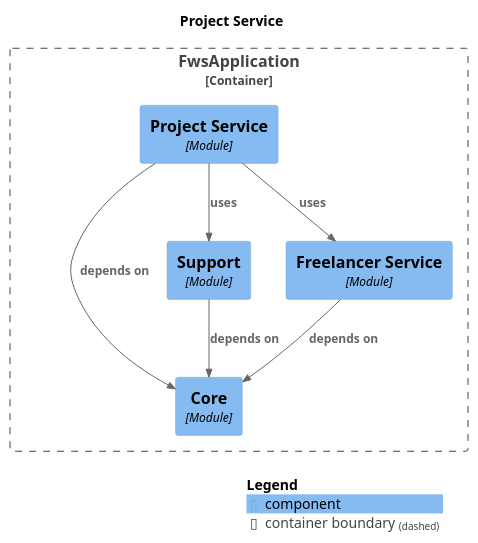
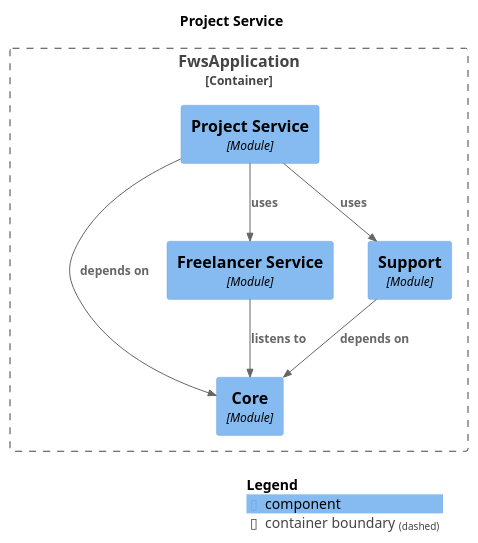
One commit to krloxz/fws-application changed the diagram in docs/modules/module-project.puml. Above: the diagram before and after it, drawn with PlantUML. The commit also changed 34 other files, not shown here.

```diff
--- a/docs/modules/module-project.puml
+++ b/docs/modules/module-project.puml
@@ -1,25 +1,25 @@
 @startuml
 set separator none
 title Project Service
 
 top to bottom direction
 
 !include <C4/C4>
 !include <C4/C4_Context>
 !include <C4/C4_Component>
 
 Container_Boundary("FwsApplication.FwsApplication_boundary", "FwsApplication", $tags="") {
   Component(FwsApplication.FwsApplication.Core, "Core", $techn="Module", $descr="", $tags="", $link="")
   Component(FwsApplication.FwsApplication.ProjectService, "Project Service", $techn="Module", $descr="", $tags="", $link="")
+  Component(FwsApplication.FwsApplication.FreelancerService, "Freelancer Service", $techn="Module", $descr="", $tags="", $link="")
   Component(FwsApplication.FwsApplication.Support, "Support", $techn="Module", $descr="", $tags="", $link="")
-  Component(FwsApplication.FwsApplication.FreelancerService, "Freelancer Service", $techn="Module", $descr="", $tags="", $link="")
 }
 
 Rel(FwsApplication.FwsApplication.ProjectService, FwsApplication.FwsApplication.Support, "uses", $techn="", $tags="", $link="")
 Rel(FwsApplication.FwsApplication.ProjectService, FwsApplication.FwsApplication.FreelancerService, "uses", $techn="", $tags="", $link="")
+Rel(FwsApplication.FwsApplication.FreelancerService, FwsApplication.FwsApplication.Core, "listens to", $techn="", $tags="", $link="")
 Rel(FwsApplication.FwsApplication.Support, FwsApplication.FwsApplication.Core, "depends on", $techn="", $tags="", $link="")
-Rel(FwsApplication.FwsApplication.FreelancerService, FwsApplication.FwsApplication.Core, "depends on", $techn="", $tags="", $link="")
 Rel(FwsApplication.FwsApplication.ProjectService, FwsApplication.FwsApplication.Core, "depends on", $techn="", $tags="", $link="")
 
 SHOW_LEGEND(true)
 @enduml
```
